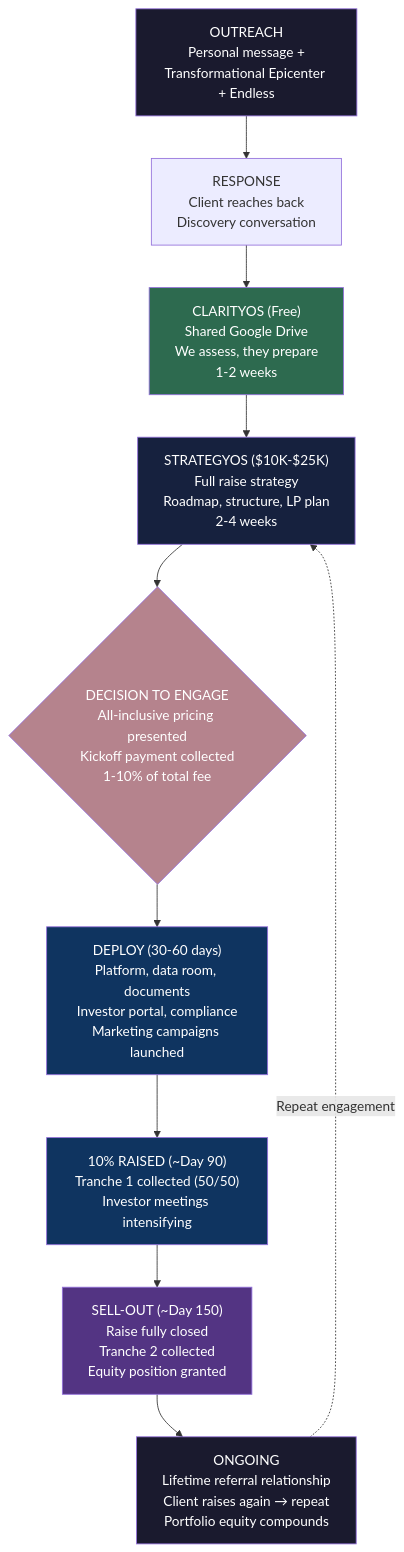
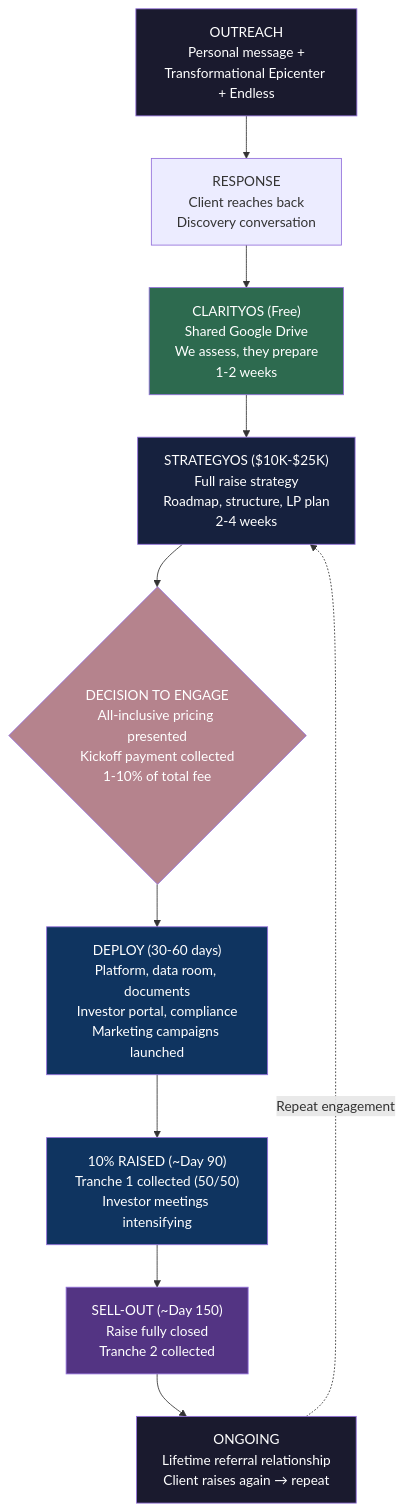
Before and after one commit to Light-Brands/qie: the sixth of 6 diagrams in docs/investos/investos-revenue-channels-playbook-2026-03-05.md, drawn with Mermaid. The commit also changed other lines of this file and 2 other files, not shown here.

First line of the commit message:
Remove equity from standard fee structure — consulting-first, all cash

````diff
--- a/docs/investos/investos-revenue-channels-playbook-2026-03-05.md
+++ b/docs/investos/investos-revenue-channels-playbook-2026-03-05.md
@@ -482,24 +482,24 @@
 ```mermaid
 graph TD
     OUT["OUTREACH<br/>Personal message +<br/>Transformational Epicenter + Endless"]
     RES["RESPONSE<br/>Client reaches back<br/>Discovery conversation"]
     CLA["CLARITYOS (Free)<br/>Shared Google Drive<br/>We assess, they prepare<br/>1-2 weeks"]
     STR["STRATEGYOS ($10K-$25K)<br/>Full raise strategy<br/>Roadmap, structure, LP plan<br/>2-4 weeks"]
     DEC{"DECISION TO ENGAGE<br/>All-inclusive pricing presented<br/>Kickoff payment collected<br/>1-10% of total fee"}
     DEP["DEPLOY (30-60 days)<br/>Platform, data room, documents<br/>Investor portal, compliance<br/>Marketing campaigns launched"]
     TEN["10% RAISED (~Day 90)<br/>Tranche 1 collected (50/50)<br/>Investor meetings intensifying"]
-    SELL["SELL-OUT (~Day 150)<br/>Raise fully closed<br/>Tranche 2 collected<br/>Equity position granted"]
-    ON["ONGOING<br/>Lifetime referral relationship<br/>Client raises again → repeat<br/>Portfolio equity compounds"]
+    SELL["SELL-OUT (~Day 150)<br/>Raise fully closed<br/>Tranche 2 collected"]
+    ON["ONGOING<br/>Lifetime referral relationship<br/>Client raises again → repeat"]
 
     OUT --> RES --> CLA --> STR --> DEC --> DEP --> TEN --> SELL --> ON
     ON -.->|"Repeat engagement"| STR
 
     style OUT fill:#1a1a2e,color:#fff
     style CLA fill:#2d6a4f,color:#fff
     style STR fill:#16213e,color:#fff
     style DEC fill:#b5838d,color:#fff
     style DEP fill:#0f3460,color:#fff
     style TEN fill:#0f3460,color:#fff
     style SELL fill:#533483,color:#fff
     style ON fill:#1a1a2e,color:#fff
 ```
````
